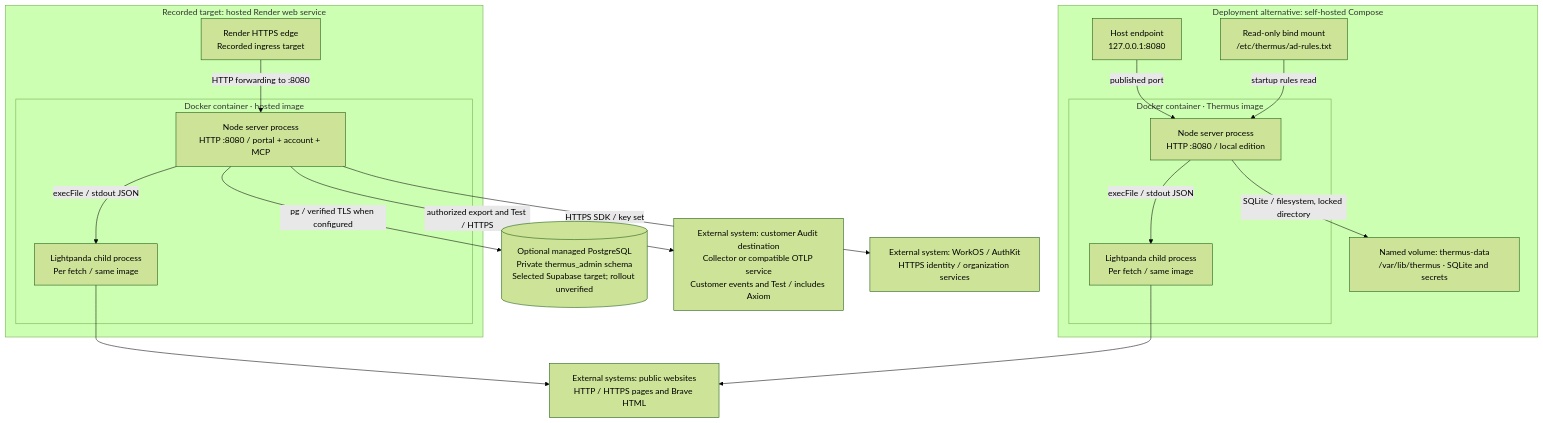
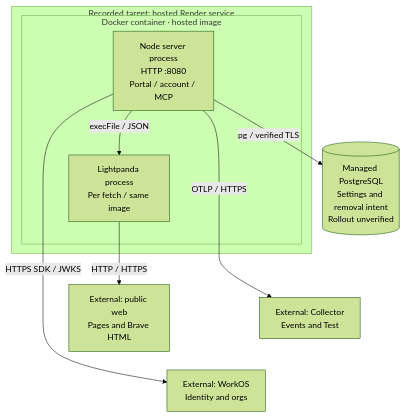
Diagram 15 of 15 in architecture/components.md (tomer-mayara/Thermus), drawn with Mermaid (forest theme) before and after one commit. The commit also changed other lines of this file and 40 other files, not shown here.

Commit message:
Coordinate membership removal with durable per-org admission

````diff
--- a/architecture/components.md
+++ b/architecture/components.md
@@ -946,35 +1067,22 @@
 ```mermaid
-%%{init: {"flowchart": {"wrappingWidth": 260}}}%%
+%%{init: {"flowchart": {"wrappingWidth": 130, "nodeSpacing": 20, "rankSpacing": 35, "subGraphTitleMargin": {"top": 0, "bottom": 12}}}}%%
 flowchart TB
-  subgraph deploy_local["Deployment alternative: self-hosted Compose"]
-    deploy_loopback["Host endpoint<br/>127.0.0.1:8080"]
-    subgraph deploy_local_docker["Docker container · Thermus image"]
-      deploy_local_node["Node server process<br/>HTTP :8080 / local edition"]
-      deploy_local_child["Lightpanda child process<br/>Per fetch / same image"]
+  subgraph deploy_hosted["Recorded target: hosted Render service"]
+    subgraph deploy_hosted_docker["Docker container · hosted image"]
+      deploy_hosted_node["Node server process<br/>HTTP :8080<br/>Portal / account / MCP"]
+      deploy_hosted_child["Lightpanda process<br/>Per fetch / same image"]
     end
-    deploy_volume["Named volume: thermus-data<br/>/var/lib/thermus · SQLite and secrets"]
-    deploy_rules["Read-only bind mount<br/>/etc/thermus/ad-rules.txt"]
-    deploy_loopback -->|published port| deploy_local_node
-    deploy_local_node -->|execFile / stdout JSON| deploy_local_child
-    deploy_local_node -->|SQLite / filesystem, locked directory| deploy_volume
-    deploy_rules -->|startup rules read| deploy_local_node
+    deploy_hosted_node -->|execFile / JSON| deploy_hosted_child
   end
-  subgraph deploy_hosted["Recorded target: hosted Render web service"]
-    deploy_edge["Render HTTPS edge<br/>Recorded ingress target"]
-    subgraph deploy_hosted_docker["Docker container · hosted image"]
-      deploy_hosted_node["Node server process<br/>HTTP :8080 / portal + account + MCP"]
-      deploy_hosted_child["Lightpanda child process<br/>Per fetch / same image"]
-    end
-    deploy_edge -->|HTTP forwarding to :8080| deploy_hosted_node
-    deploy_hosted_node -->|execFile / stdout JSON| deploy_hosted_child
-  end
-  deploy_settings[("Optional managed PostgreSQL<br/>Private thermus_admin schema<br/>Selected Supabase target; rollout unverified")]
-  deploy_hosted_node -->|pg / verified TLS when configured| deploy_settings
-  deploy_collector["External system: customer Audit destination<br/>Collector or compatible OTLP service<br/>Customer events and Test / includes Axiom"]
-  deploy_hosted_node -->|authorized export and Test / HTTPS| deploy_collector
-  deploy_workos["External system: WorkOS / AuthKit<br/>HTTPS identity / organization services"]
-  deploy_public["External systems: public websites<br/>HTTP / HTTPS pages and Brave HTML"]
-  deploy_hosted_node -->|HTTPS SDK / key set| deploy_workos
-  deploy_hosted_child --> deploy_public
-  deploy_local_child --> deploy_public
+  deploy_settings[("Managed PostgreSQL<br/>Settings and removal intent<br/>Rollout unverified")]
+  deploy_collector["External: Collector<br/>Events and Test"]
+  deploy_workos["External: WorkOS<br/>Identity and orgs"]
+  deploy_public["External: public web<br/>Pages and Brave HTML"]
+  deploy_hosted_node -->|pg / verified TLS| deploy_settings
+  deploy_hosted_node -->|OTLP / HTTPS| deploy_collector
+  deploy_hosted_node -->|HTTPS SDK / JWKS| deploy_workos
+  deploy_hosted_child -->|HTTP / HTTPS| deploy_public
+  %% Invisible links keep external services in one column.
+  deploy_settings ~~~ deploy_collector
+  deploy_collector ~~~ deploy_workos
 ```
````
